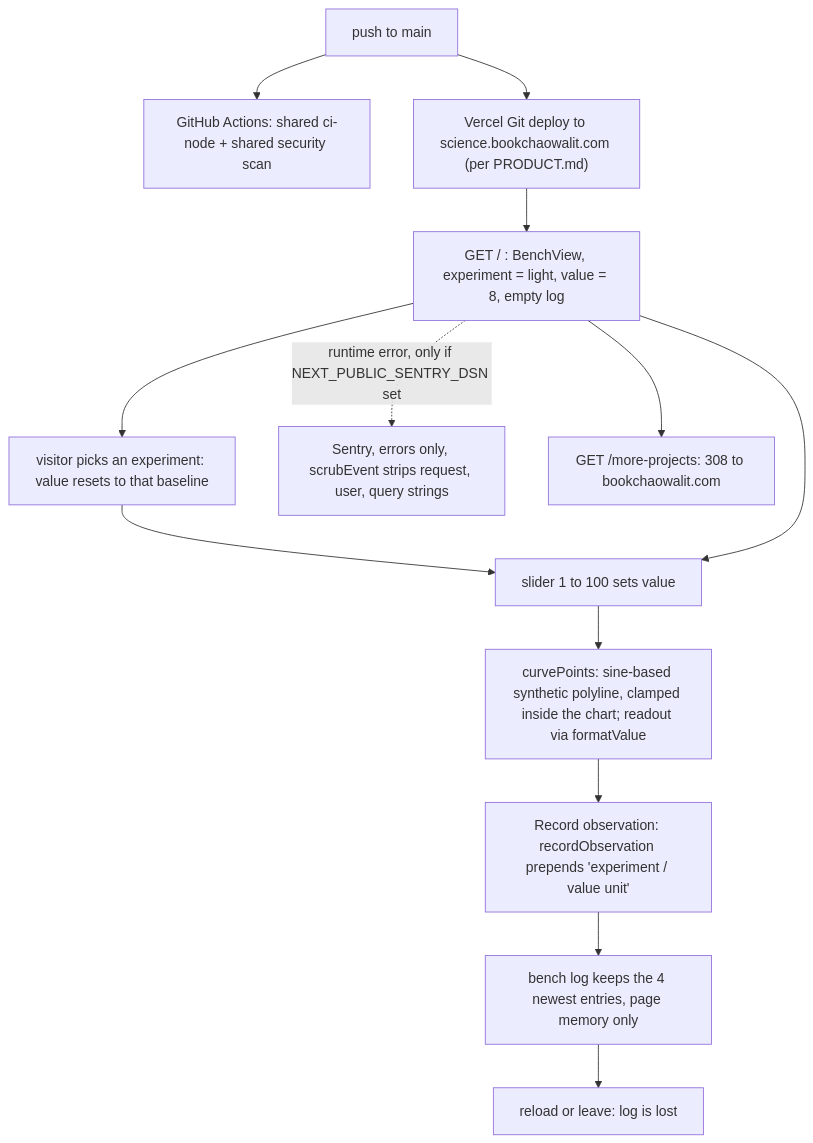
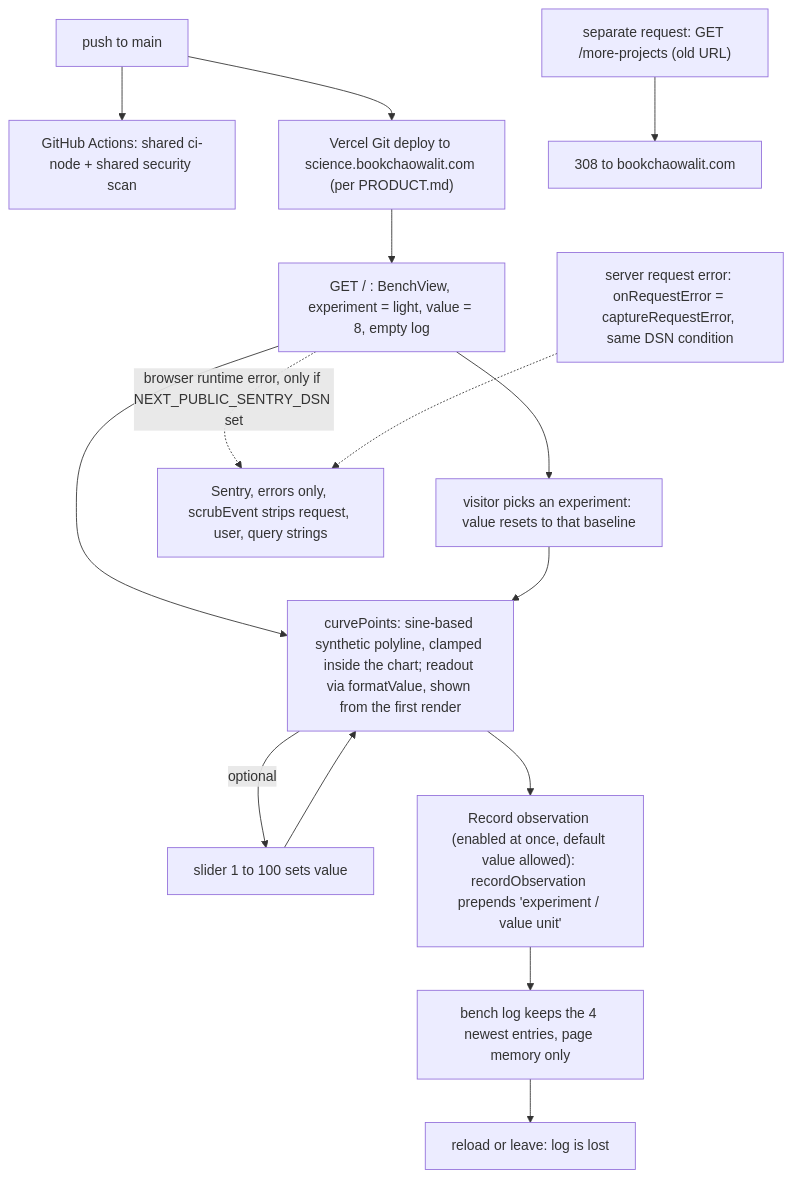
Before and after one commit to bookchaowalit-website/education-science-bench-web: the diagram in docs/diagrams/01-business-process.md, drawn with Mermaid. The commit also changed other lines of this file, not shown here.

Commit message:
docs: correct As-Is/To-Be facts from review (01-business-process)

````diff
--- a/docs/diagrams/01-business-process.md
+++ b/docs/diagrams/01-business-process.md
@@ -9,15 +9,17 @@
 ```mermaid
 flowchart TD
   PUSH["push to main"] --> CI["GitHub Actions: shared ci-node + shared security scan"]
   PUSH --> VERCEL["Vercel Git deploy to science.bookchaowalit.com (per PRODUCT.md)"]
   VERCEL --> PAGE["GET / : BenchView, experiment = light, value = 8, empty log"]
+  PAGE --> CURVE["curvePoints: sine-based synthetic polyline, clamped inside the chart; readout via formatValue, shown from the first render"]
   PAGE --> CHOOSE["visitor picks an experiment: value resets to that baseline"]
-  CHOOSE --> SLIDE["slider 1 to 100 sets value"]
-  PAGE --> SLIDE
-  SLIDE --> CURVE["curvePoints: sine-based synthetic polyline, clamped inside the chart; readout via formatValue"]
-  CURVE --> REC["Record observation: recordObservation prepends 'experiment / value unit'"]
+  CHOOSE --> CURVE
+  CURVE -->|"optional"| SLIDE["slider 1 to 100 sets value"]
+  SLIDE --> CURVE
+  CURVE --> REC["Record observation (enabled at once, default value allowed): recordObservation prepends 'experiment / value unit'"]
   REC --> LOG["bench log keeps the 4 newest entries, page memory only"]
   LOG --> LOST["reload or leave: log is lost"]
-  PAGE -.->|"runtime error, only if NEXT_PUBLIC_SENTRY_DSN set"| SENTRY["Sentry, errors only, scrubEvent strips request, user, query strings"]
-  PAGE --> REDIR["GET /more-projects: 308 to bookchaowalit.com"]
+  PAGE -.->|"browser runtime error, only if NEXT_PUBLIC_SENTRY_DSN set"| SENTRY["Sentry, errors only, scrubEvent strips request, user, query strings"]
+  SRV["server request error: onRequestError = captureRequestError, same DSN condition"] -.-> SENTRY
+  DIRECT["separate request: GET /more-projects (old URL)"] --> REDIR["308 to bookchaowalit.com"]
 ```
````
